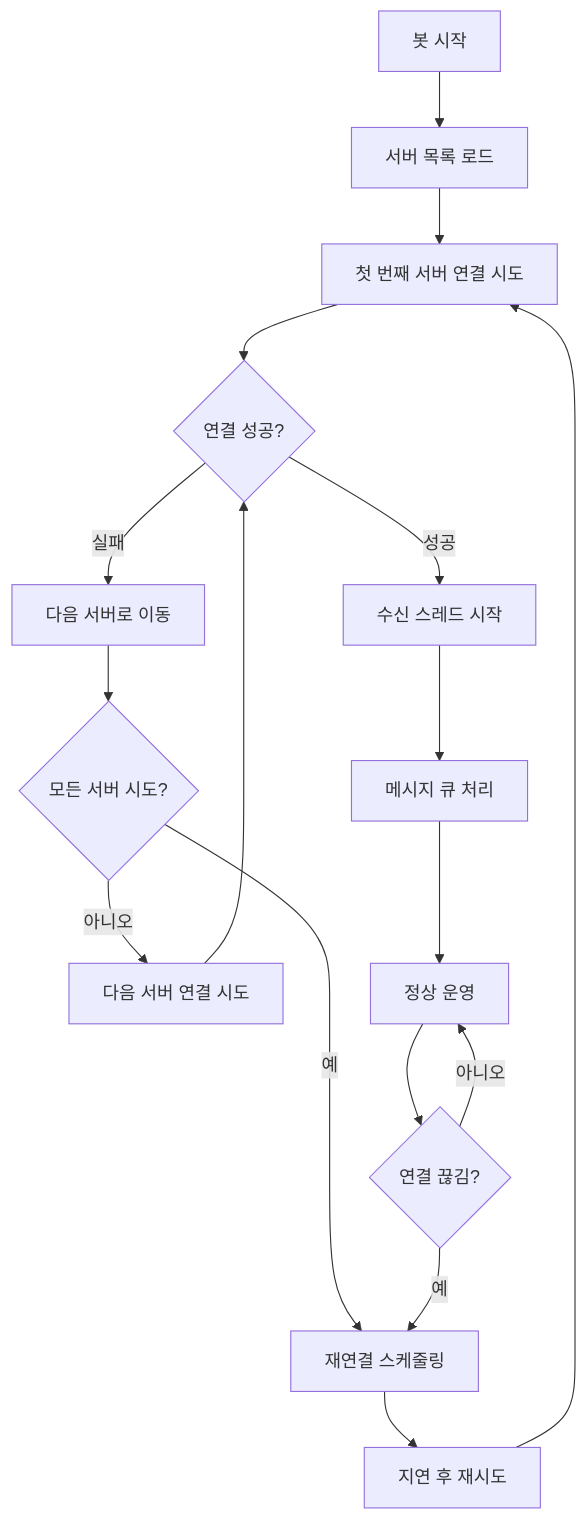
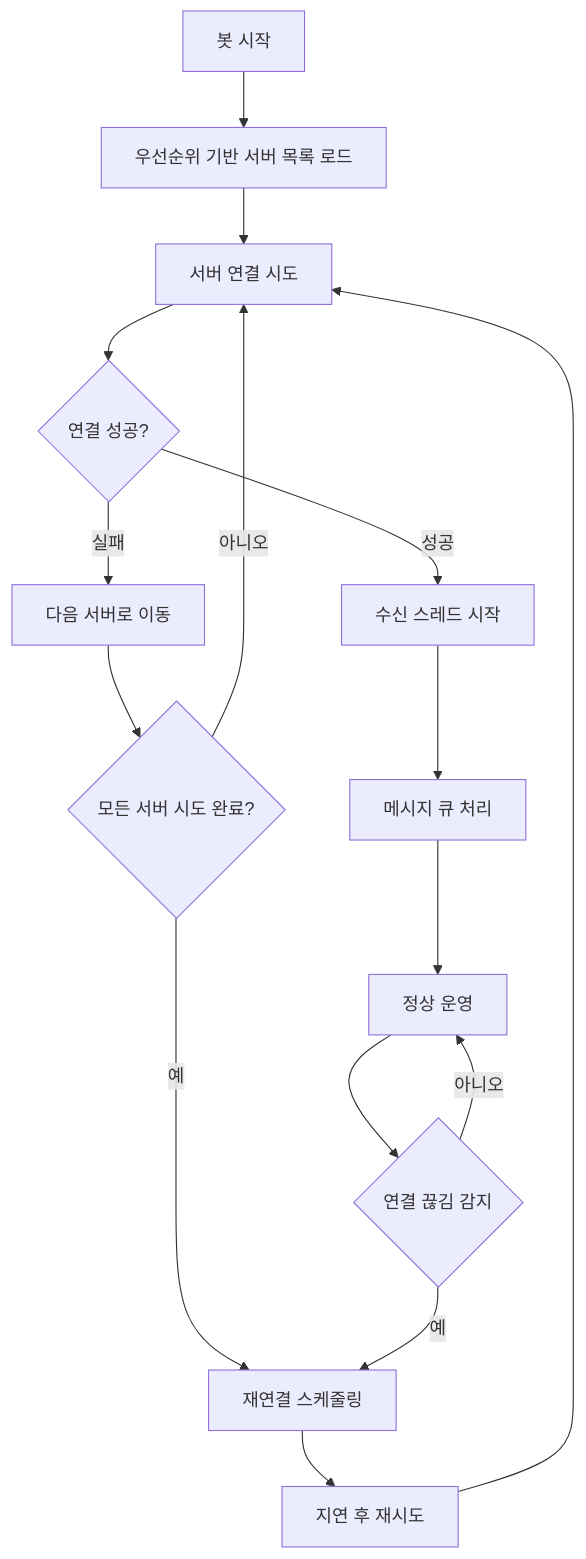
One commit to wangtae/domaeka changed the diagram in client/messengerbotR/README.md. Above: the diagram before and after it, drawn with Mermaid. The commit also changed other lines of this file and 3 other files, not shown here.

````diff
--- a/client/messengerbotR/README.md
+++ b/client/messengerbotR/README.md
@@ -129,19 +109,18 @@
 ```mermaid
 graph TD
-    A[봇 시작] --> B[서버 목록 로드]
-    B --> C[첫 번째 서버 연결 시도]
+    A[봇 시작] --> B[우선순위 기반 서버 목록 로드]
+    B --> C[서버 연결 시도]
     C --> D{연결 성공?}
     D -->|성공| E[수신 스레드 시작]
     D -->|실패| F[다음 서버로 이동]
-    F --> G{모든 서버 시도?}
-    G -->|아니오| H[다음 서버 연결 시도]
-    H --> D
+    F --> G{모든 서버 시도 완료?}
+    G -->|아니오| C
     G -->|예| I[재연결 스케줄링]
     I --> J[지연 후 재시도]
     J --> C
     E --> K[메시지 큐 처리]
     K --> L[정상 운영]
-    L --> M{연결 끊김?}
+    L --> M{연결 끊김 감지}
     M -->|예| I
     M -->|아니오| L
 ```
````
